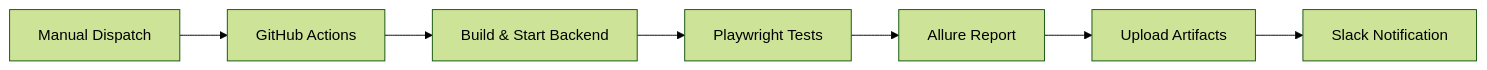
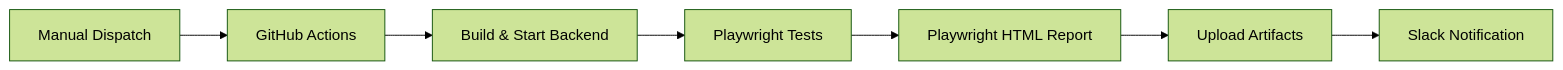
Before and after one commit to mithrilguardqa/API_automation_Playwright: the second of 2 diagrams in README.md, drawn with Mermaid (forest theme). The commit also changed other lines of this file and 3 other files, not shown here.

````diff
--- a/README.md
+++ b/README.md
@@ -94,9 +94,9 @@
 ```mermaid
 graph LR
     A[Manual Dispatch] --> B[GitHub Actions]
     B --> C[Build & Start Backend]
     C --> D[Playwright Tests]
-    D --> E[Allure Report]
+    D --> E[Playwright HTML Report]
     E --> F[Upload Artifacts]
     F --> G[Slack Notification]
 ```
````
